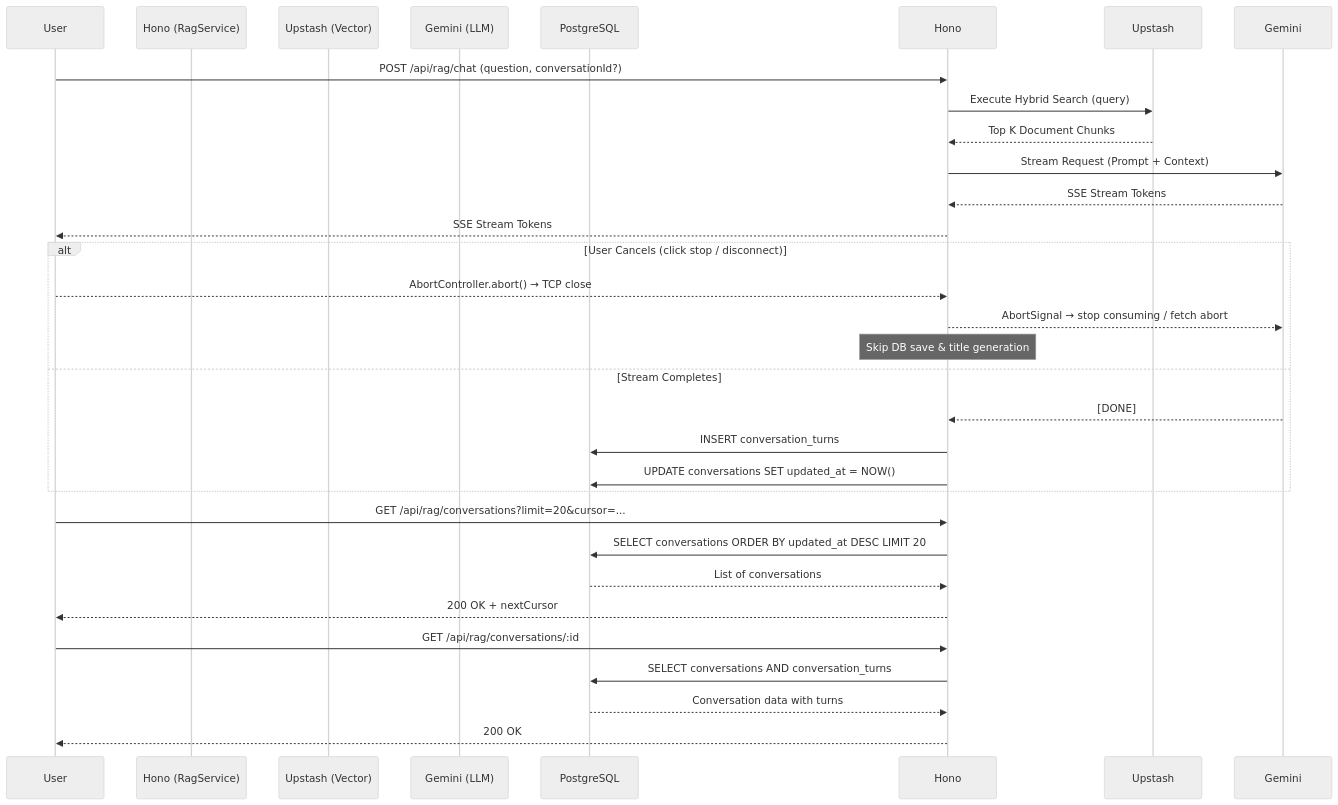
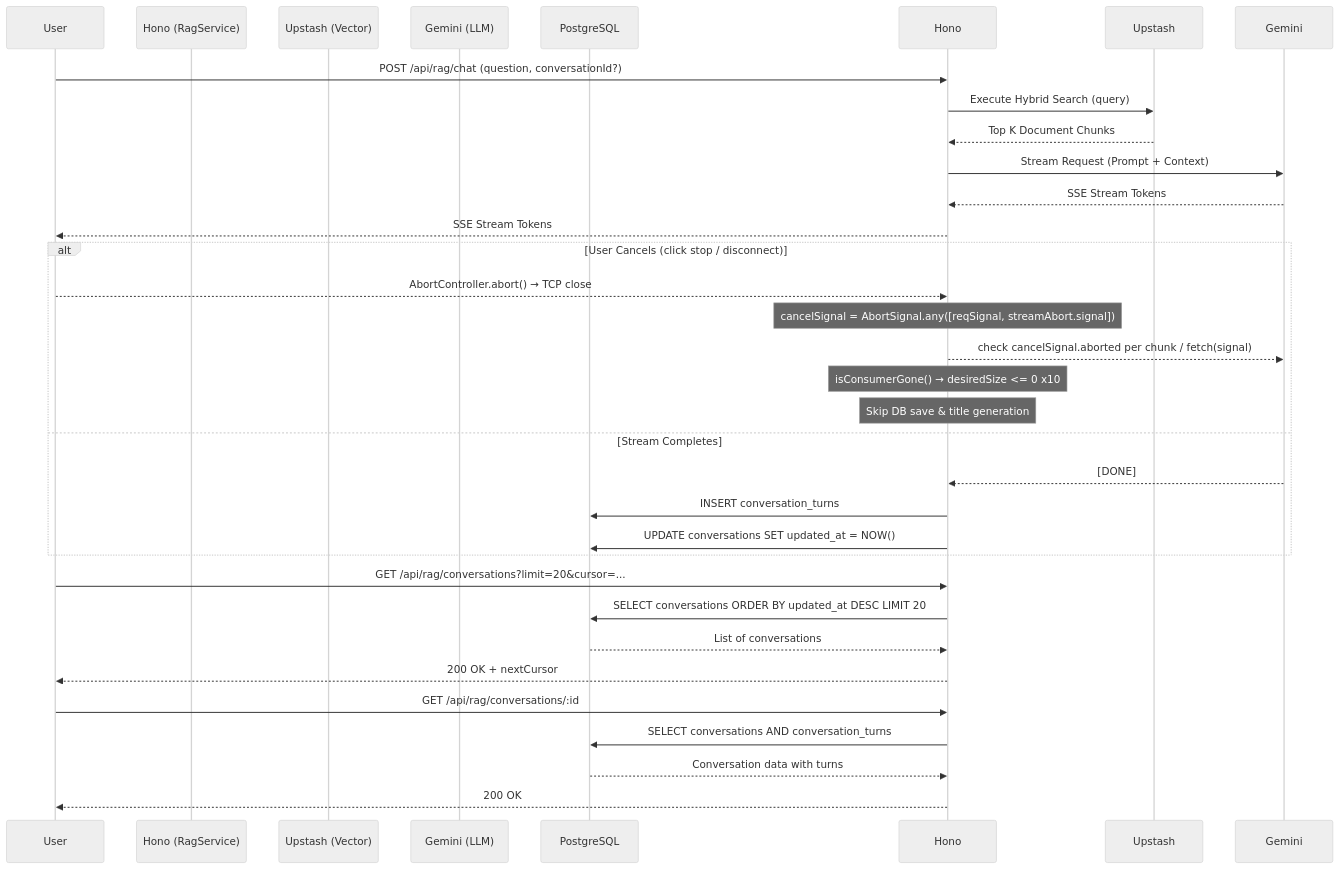
Before and after one commit to kanzhamada/Dokyudo: the diagram in docs/backend/rag-streaming-and-history.md, drawn with Mermaid (neutral theme). The commit also changed other lines of this file and 3 other files, not shown here.

First line of the commit message:
Harden stream cancellation with combined AbortSignal and live consumer detection

````diff
--- a/docs/backend/rag-streaming-and-history.md
+++ b/docs/backend/rag-streaming-and-history.md
@@ -7,35 +7,37 @@
 ```mermaid
 sequenceDiagram
     participant User
     participant Hono (RagService)
     participant Upstash (Vector)
     participant Gemini (LLM)
     participant PostgreSQL
 
     User->>Hono: POST /api/rag/chat (question, conversationId?)
     Hono->>Upstash: Execute Hybrid Search (query)
     Upstash-->>Hono: Top K Document Chunks
     Hono->>Gemini: Stream Request (Prompt + Context)
     Gemini-->>Hono: SSE Stream Tokens
     Hono-->>User: SSE Stream Tokens
 
     alt User Cancels (click stop / disconnect)
         User-->>Hono: AbortController.abort() → TCP close
-        Hono-->>Gemini: AbortSignal → stop consuming / fetch abort
+        Note over Hono: cancelSignal = AbortSignal.any([reqSignal, streamAbort.signal])
+        Hono-->>Gemini: check cancelSignal.aborted per chunk / fetch(signal)
+        Note over Hono: isConsumerGone() → desiredSize <= 0 x10
         Note over Hono: Skip DB save & title generation
     else Stream Completes
         Gemini-->>Hono: [DONE]
         Hono->>PostgreSQL: INSERT conversation_turns
         Hono->>PostgreSQL: UPDATE conversations SET updated_at = NOW()
     end
     
     User->>Hono: GET /api/rag/conversations?limit=20&cursor=...
     Hono->>PostgreSQL: SELECT conversations ORDER BY updated_at DESC LIMIT 20
     PostgreSQL-->>Hono: List of conversations
     Hono-->>User: 200 OK + nextCursor
 
     User->>Hono: GET /api/rag/conversations/:id
     Hono->>PostgreSQL: SELECT conversations AND conversation_turns
     PostgreSQL-->>Hono: Conversation data with turns
     Hono-->>User: 200 OK
 ```
````
